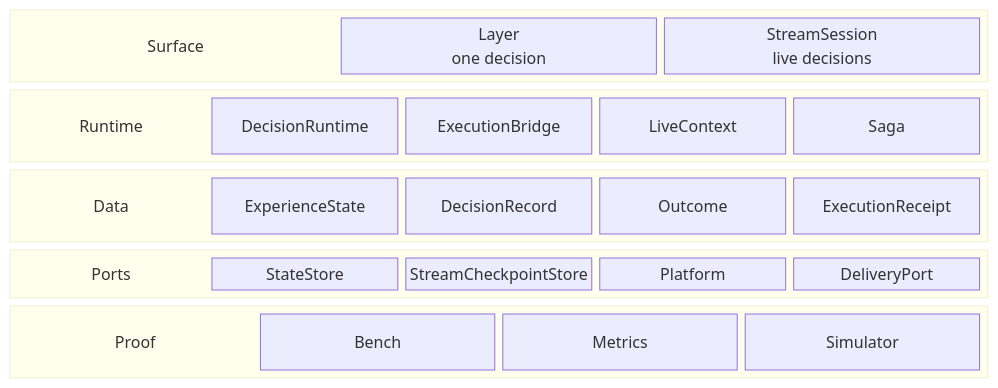
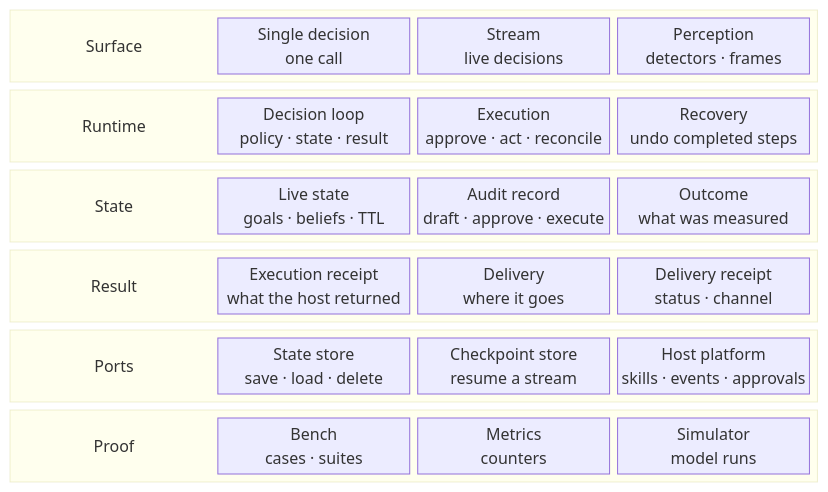
Before and after one commit to michaelatamuk/laix: the diagram in docs/03-appkit/00-architecture.md, drawn with Mermaid. The commit also changed other lines of this file and 28 other files, not shown here.

````diff
--- a/docs/03-appkit/00-architecture.md
+++ b/docs/03-appkit/00-architecture.md
@@ -6,52 +9,59 @@
 ```mermaid
 block-beta
     columns 1
 
     block:surface_group
-        columns 3
+        columns 4
         surface_label["Surface"]
-        layer["Layer<br/>one decision"]
-        stream["StreamSession<br/>live decisions"]
+        layer["Single decision<br/>one call"]
+        stream["Stream<br/>live decisions"]
+        live["Perception<br/>detectors · frames"]
     end
 
     block:runtime_group
-        columns 5
+        columns 4
         runtime_label["Runtime"]
-        runtime["DecisionRuntime"]
-        execution["ExecutionBridge"]
-        live["LiveContext"]
-        saga["Saga"]
+        runtime["Decision loop<br/>policy · state · result"]
+        execution["Execution<br/>approve · act · reconcile"]
+        saga["Recovery<br/>undo completed steps"]
     end
 
-    block:data_group
-        columns 5
-        data_label["Data"]
-        state["ExperienceState"]
-        record["DecisionRecord"]
-        outcomes["Outcome"]
-        receipt["ExecutionReceipt"]
+    block:state_group
+        columns 4
+        state_label["State"]
+        state["Live state<br/>goals · beliefs · TTL"]
+        record["Audit record<br/>draft · approve · execute"]
+        outcomes["Outcome<br/>what was measured"]
+    end
+
+    block:result_group
+        columns 4
+        result_label["Result"]
+        receipt["Execution receipt<br/>what the host returned"]
+        delivery["Delivery<br/>where it goes"]
+        delivery_receipt["Delivery receipt<br/>status · channel"]
     end
 
     block:ports_group
-        columns 5
+        columns 4
         ports_label["Ports"]
-        state_store["StateStore"]
-        checkpoint["StreamCheckpointStore"]
-        platform["Platform"]
-        delivery["DeliveryPort"]
+        state_store["State store<br/>save · load · delete"]
+        checkpoint["Checkpoint store<br/>resume a stream"]
+        platform["Host platform<br/>skills · events · approvals"]
     end
 
     block:proof_group
         columns 4
         proof_label["Proof"]
-        bench["Bench"]
-        metrics["Metrics"]
-        simulator["Simulator"]
+        bench["Bench<br/>cases · suites"]
+        metrics["Metrics<br/>counters"]
+        simulator["Simulator<br/>model runs"]
     end
 
     style surface_label fill:transparent,stroke:transparent,font-size:22px,font-weight:bold
     style runtime_label fill:transparent,stroke:transparent,font-size:14px,font-weight:bold
-    style data_label fill:transparent,stroke:transparent,font-weight:bold
+    style state_label fill:transparent,stroke:transparent,font-weight:bold
+    style result_label fill:transparent,stroke:transparent,font-weight:bold
     style ports_label fill:transparent,stroke:transparent,font-weight:bold
     style proof_label fill:transparent,stroke:transparent,font-weight:bold
 ```
````
